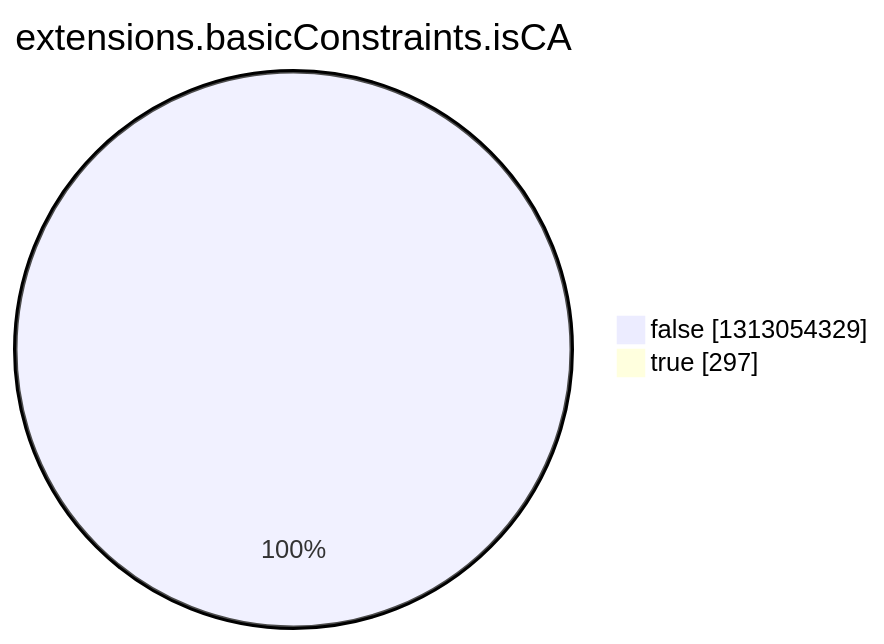
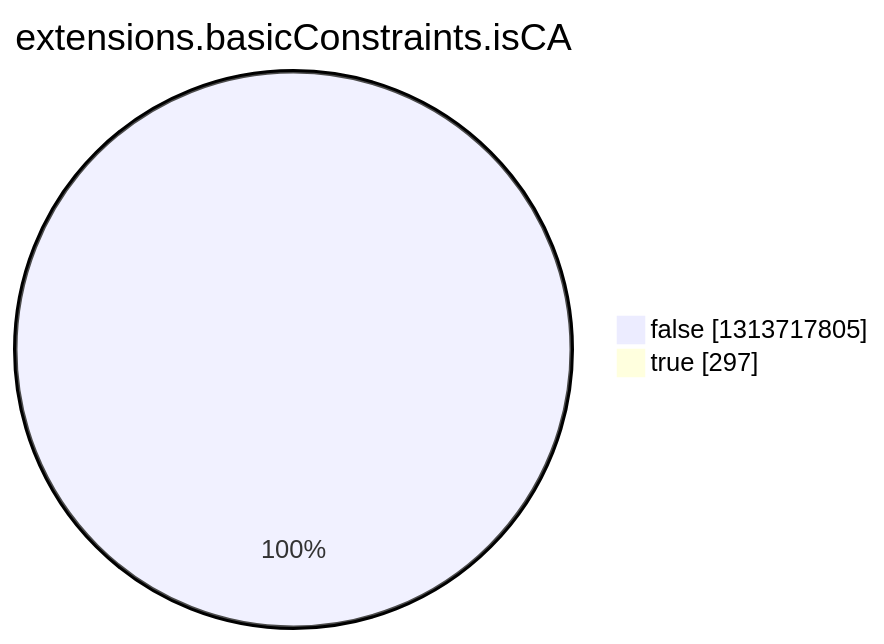
Before and after one commit to christiankrug/ctmonitor_visualization: the eighth of 15 diagrams in argon2022/README.md, drawn with Mermaid. The commit also changed other lines of this file, not shown here.

````diff
--- a/argon2022/README.md
+++ b/argon2022/README.md
@@ -2758,6 +2758,6 @@
 ```mermaid
 pie showData
 title extensions.basicConstraints.isCA
-"false" :1313054329
+"false" :1313717805
 "true" :297
 ```
````
